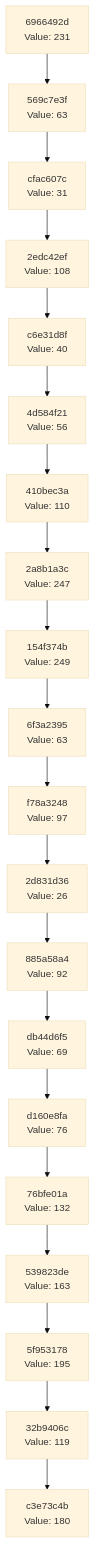
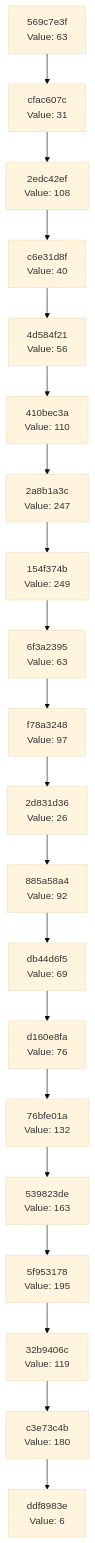
The diagram in docs/CHAIN_VISUALIZATION.md (Abhisheksinha1506/hash-chain-evolver), drawn with Mermaid (base theme) before and after one commit. The commit also changed 3 other files, not shown here.

````diff
--- a/docs/CHAIN_VISUALIZATION.md
+++ b/docs/CHAIN_VISUALIZATION.md
@@ -3,42 +3,42 @@
 ```mermaid
 graph TD
-    C0["c3e73c4b<br/>Value: 180"]
-    C1["32b9406c<br/>Value: 119"]
+    C0["ddf8983e<br/>Value: 6"]
+    C1["c3e73c4b<br/>Value: 180"]
     C1 --> C0
-    C2["5f953178<br/>Value: 195"]
+    C2["32b9406c<br/>Value: 119"]
     C2 --> C1
-    C3["539823de<br/>Value: 163"]
+    C3["5f953178<br/>Value: 195"]
     C3 --> C2
-    C4["76bfe01a<br/>Value: 132"]
+    C4["539823de<br/>Value: 163"]
     C4 --> C3
-    C5["d160e8fa<br/>Value: 76"]
+    C5["76bfe01a<br/>Value: 132"]
     C5 --> C4
-    C6["db44d6f5<br/>Value: 69"]
+    C6["d160e8fa<br/>Value: 76"]
     C6 --> C5
-    C7["885a58a4<br/>Value: 92"]
+    C7["db44d6f5<br/>Value: 69"]
     C7 --> C6
-    C8["2d831d36<br/>Value: 26"]
+    C8["885a58a4<br/>Value: 92"]
     C8 --> C7
-    C9["f78a3248<br/>Value: 97"]
+    C9["2d831d36<br/>Value: 26"]
     C9 --> C8
-    C10["6f3a2395<br/>Value: 63"]
+    C10["f78a3248<br/>Value: 97"]
     C10 --> C9
-    C11["154f374b<br/>Value: 249"]
+    C11["6f3a2395<br/>Value: 63"]
     C11 --> C10
-    C12["2a8b1a3c<br/>Value: 247"]
+    C12["154f374b<br/>Value: 249"]
     C12 --> C11
-    C13["410bec3a<br/>Value: 110"]
+    C13["2a8b1a3c<br/>Value: 247"]
     C13 --> C12
-    C14["4d584f21<br/>Value: 56"]
+    C14["410bec3a<br/>Value: 110"]
     C14 --> C13
-    C15["c6e31d8f<br/>Value: 40"]
+    C15["4d584f21<br/>Value: 56"]
     C15 --> C14
-    C16["2edc42ef<br/>Value: 108"]
+    C16["c6e31d8f<br/>Value: 40"]
     C16 --> C15
-    C17["cfac607c<br/>Value: 31"]
+    C17["2edc42ef<br/>Value: 108"]
     C17 --> C16
-    C18["569c7e3f<br/>Value: 63"]
+    C18["cfac607c<br/>Value: 31"]
     C18 --> C17
-    C19["6966492d<br/>Value: 231"]
+    C19["569c7e3f<br/>Value: 63"]
     C19 --> C18
 ```
````
